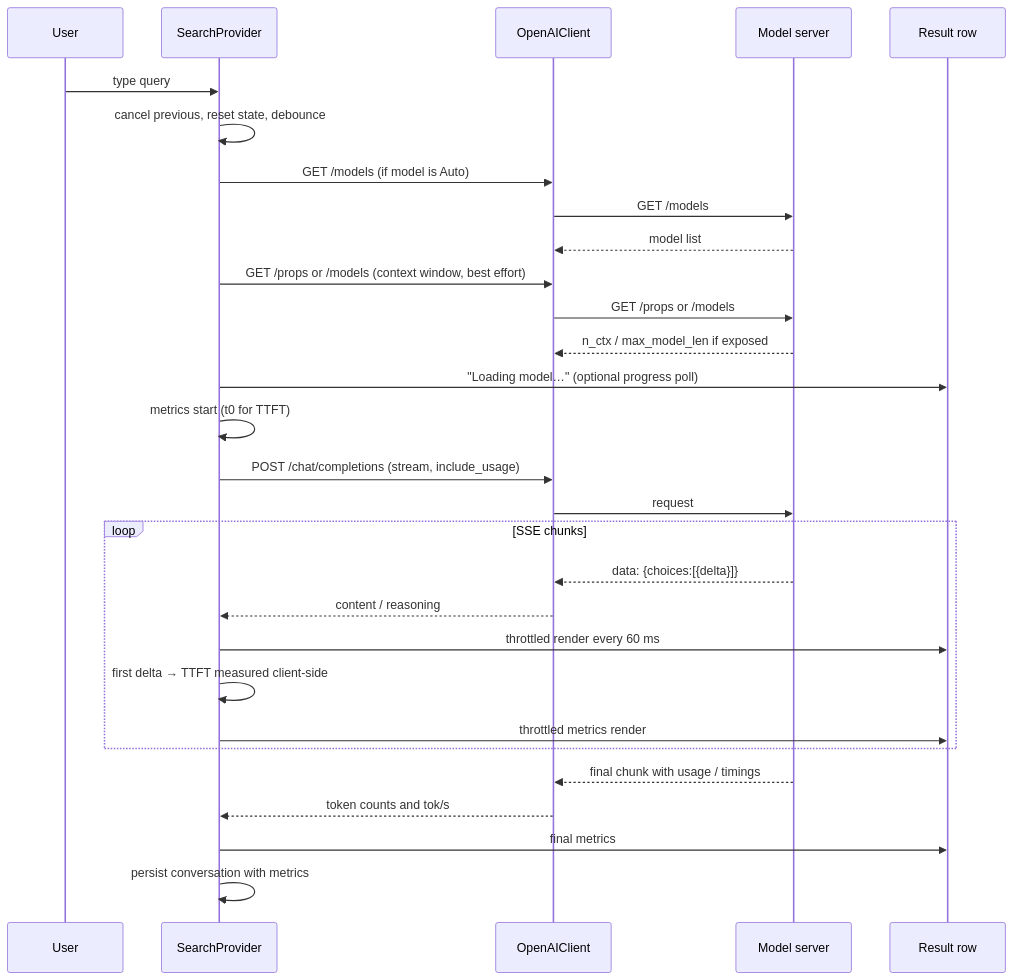
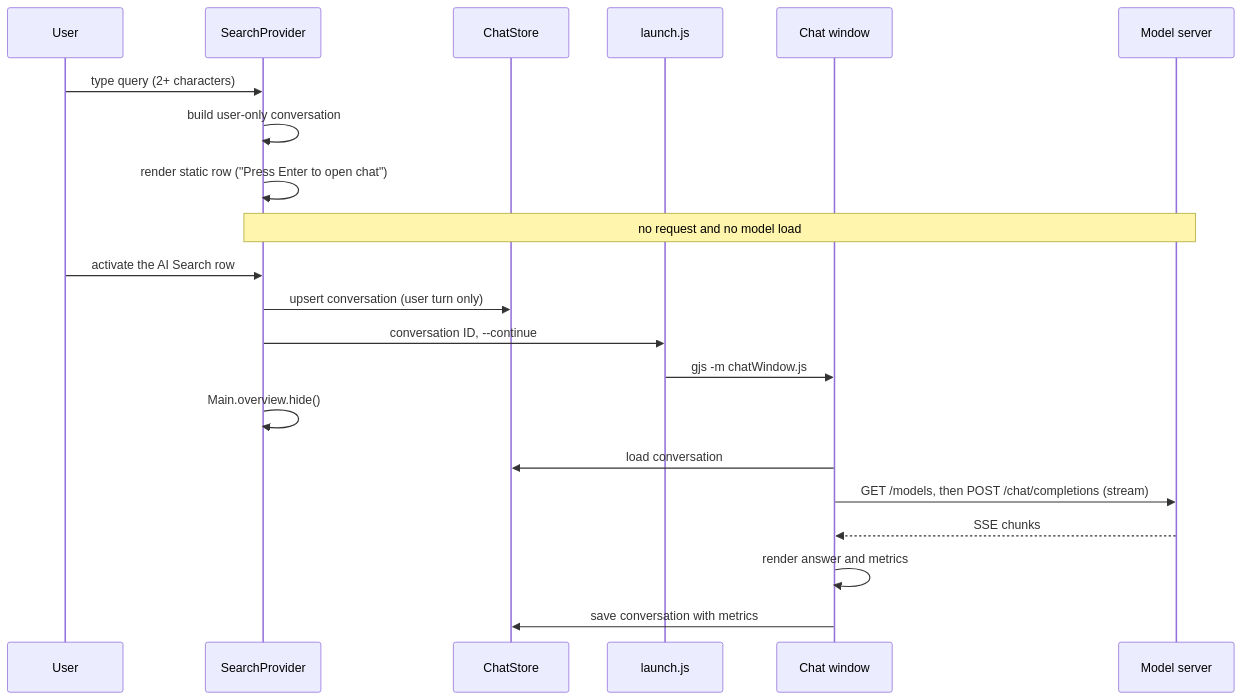
The second of 2 diagrams in docs/ARCHITECTURE.md (alexdlukens/local-ai-search-provider), drawn with Mermaid before and after one commit. The commit also changed other lines of this file and 13 other files, not shown here.

First line of the commit message:
feat: load model only when opening AI Search result

````diff
--- a/docs/ARCHITECTURE.md
+++ b/docs/ARCHITECTURE.md
@@ -63,32 +60,24 @@
 ```mermaid
 sequenceDiagram
     participant U as User
     participant P as SearchProvider
-    participant C as OpenAIClient
-    participant S as Model server
-    participant R as Result row
+    participant S as ChatStore
+    participant L as launch.js
+    participant W as Chat window
+    participant M as Model server
 
-    U->>P: type query
-    P->>P: cancel previous, reset state, debounce
-    P->>C: GET /models (if model is Auto)
-    C->>S: GET /models
-    S-->>C: model list
-    P->>C: GET /props or /models (context window, best effort)
-    C->>S: GET /props or /models
-    S-->>C: n_ctx / max_model_len if exposed
-    P->>R: "Loading model…" (optional progress poll)
-    P->>P: metrics start (t0 for TTFT)
-    P->>C: POST /chat/completions (stream, include_usage)
-    C->>S: request
-    loop SSE chunks
-        S-->>C: data: {choices:[{delta}]}
-        C-->>P: content / reasoning
-        P->>R: throttled render every 60 ms
-        P->>P: first delta → TTFT measured client-side
-        P->>R: throttled metrics render
-    end
-    S-->>C: final chunk with usage / timings
-    C-->>P: token counts and tok/s
-    P->>R: final metrics
-    P->>P: persist conversation with metrics
+    U->>P: type query (2+ characters)
+    P->>P: build user-only conversation
+    P->>P: render static row ("Press Enter to open chat")
+    Note over P,M: no request and no model load
+    U->>P: activate the AI Search row
+    P->>S: upsert conversation (user turn only)
+    P->>L: conversation ID, --continue
+    L->>W: gjs -m chatWindow.js
+    P->>P: Main.overview.hide()
+    W->>S: load conversation
+    W->>M: GET /models, then POST /chat/completions (stream)
+    M-->>W: SSE chunks
+    W->>W: render answer and metrics
+    W->>S: save conversation with metrics
 ```
````
